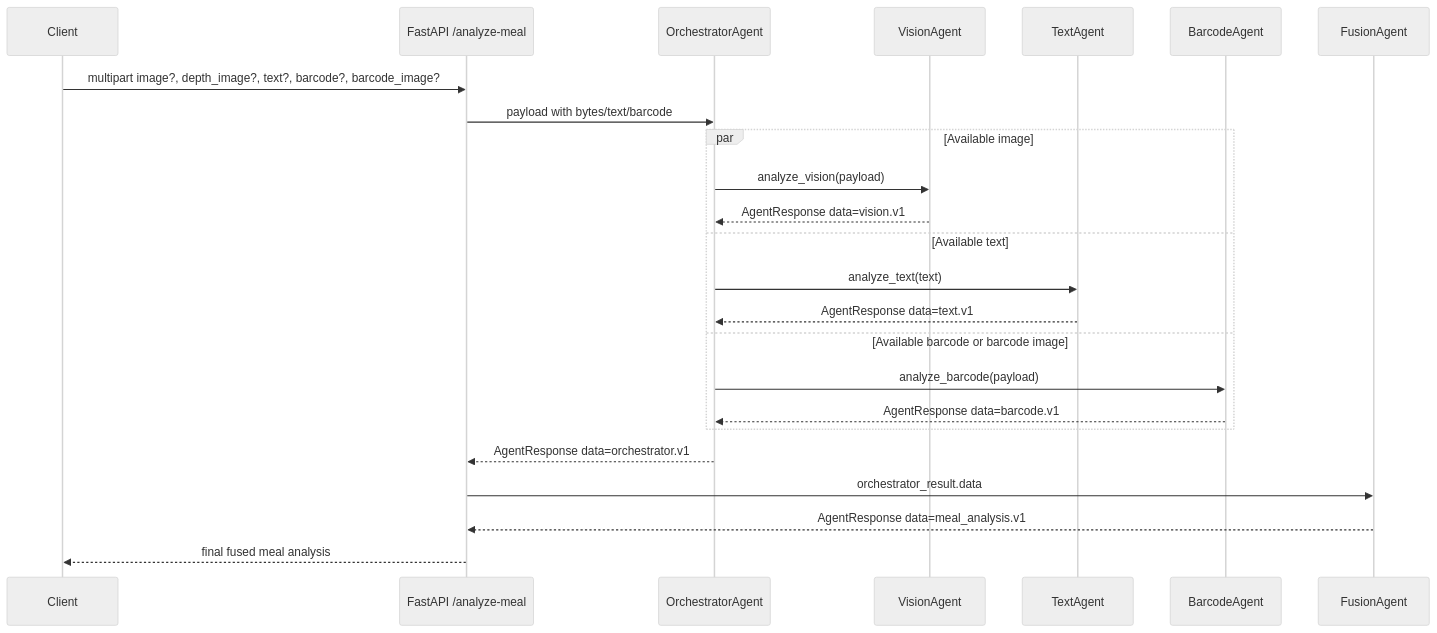
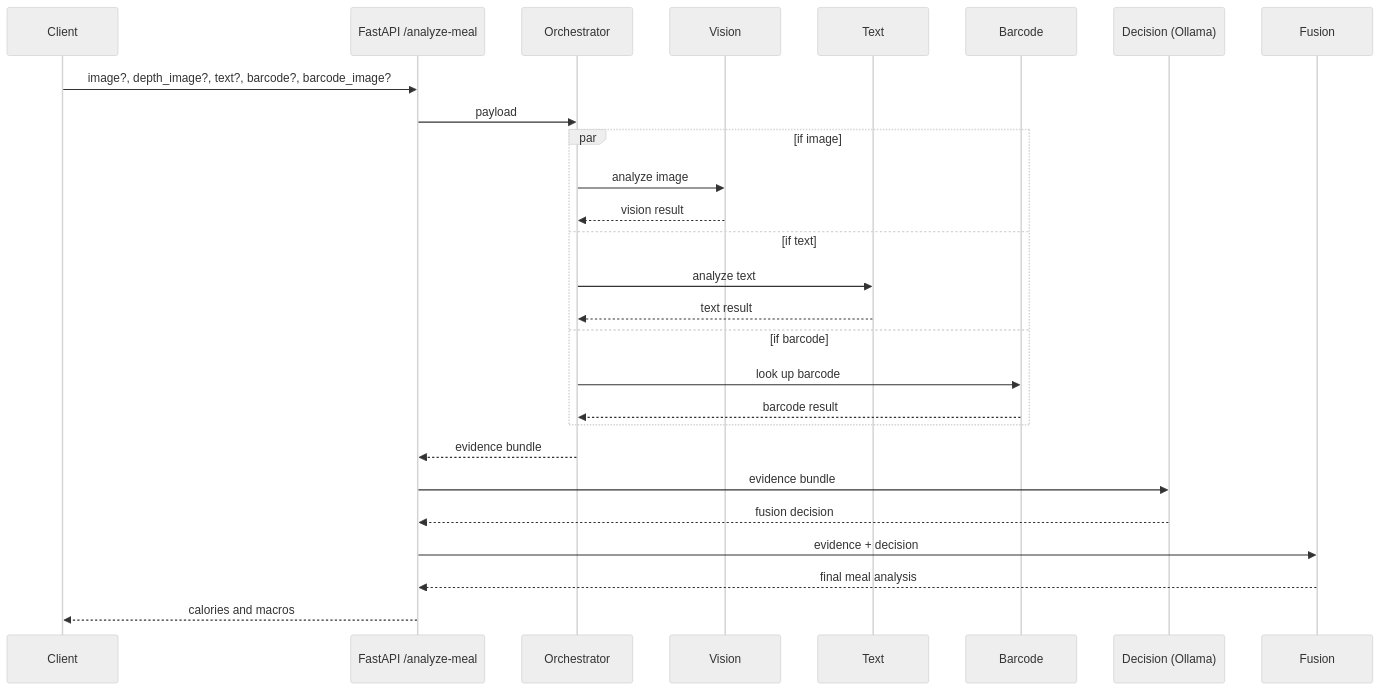
The first of 3 diagrams in readme.md (isenel0/nutri_fusion_agent), drawn with Mermaid (neutral theme) before and after one commit. The commit also changed other lines of this file and 10 other files, not shown here.

````diff
--- a/readme.md
+++ b/readme.md
@@ -23,29 +111,30 @@
 ```mermaid
 sequenceDiagram
     participant C as Client
     participant API as FastAPI /analyze-meal
-    participant O as OrchestratorAgent
-    participant V as VisionAgent
-    participant T as TextAgent
-    participant B as BarcodeAgent
-    participant F as FusionAgent
+    participant O as Orchestrator
+    participant V as Vision
+    participant T as Text
+    participant B as Barcode
+    participant D as Decision (Ollama)
+    participant F as Fusion
 
-    C->>API: multipart image?, depth_image?, text?, barcode?, barcode_image?
-    API->>O: payload with bytes/text/barcode
-
-    par Available image
-        O->>V: analyze_vision(payload)
-        V-->>O: AgentResponse data=vision.v1
-    and Available text
-        O->>T: analyze_text(text)
-        T-->>O: AgentResponse data=text.v1
-    and Available barcode or barcode image
-        O->>B: analyze_barcode(payload)
-        B-->>O: AgentResponse data=barcode.v1
+    C->>API: image?, depth_image?, text?, barcode?, barcode_image?
+    API->>O: payload
+    par if image
+        O->>V: analyze image
+        V-->>O: vision result
+    and if text
+        O->>T: analyze text
+        T-->>O: text result
+    and if barcode
+        O->>B: look up barcode
+        B-->>O: barcode result
     end
-
-    O-->>API: AgentResponse data=orchestrator.v1
-    API->>F: orchestrator_result.data
-    F-->>API: AgentResponse data=meal_analysis.v1
-    API-->>C: final fused meal analysis
+    O-->>API: evidence bundle
+    API->>D: evidence bundle
+    D-->>API: fusion decision
+    API->>F: evidence + decision
+    F-->>API: final meal analysis
+    API-->>C: calories and macros
 ```
````
